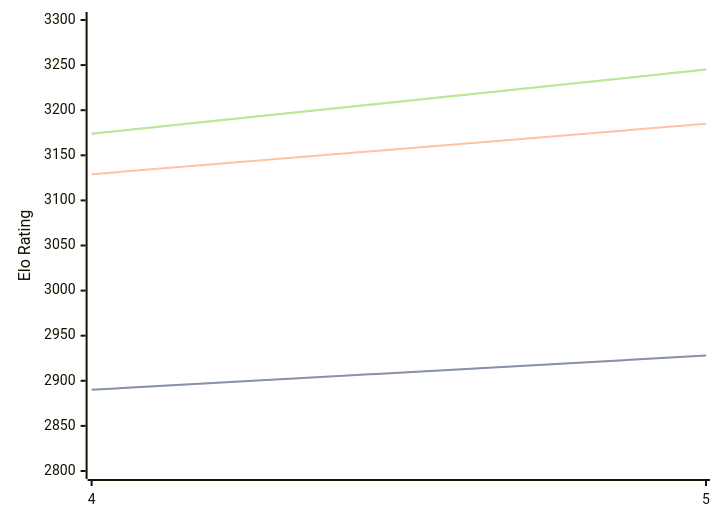
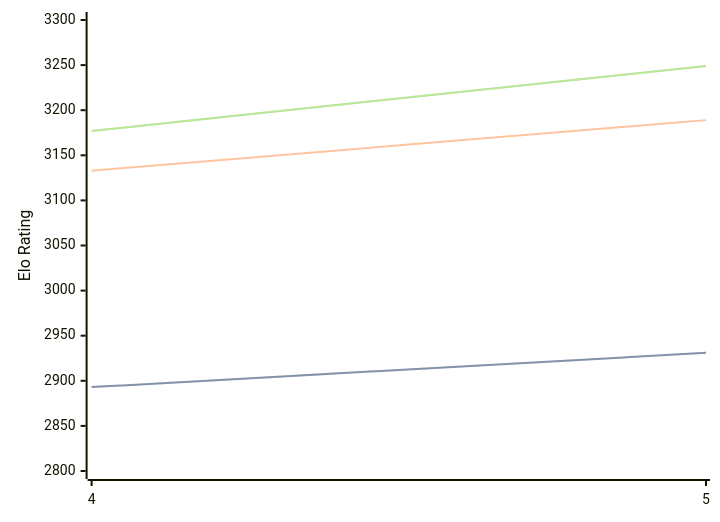
The diagram in engines/Cwtch.md (computer-chess-index/cci), drawn with Mermaid before and after one commit. The commit also changed other lines of this file, not shown here.

Commit message:
Update CCI Ratings (ELO VLTC) - 2026-05-02

````diff
--- a/engines/Cwtch.md
+++ b/engines/Cwtch.md
@@ -34,11 +34,11 @@
 ```mermaid
 %%{init: {"theme":"base","themeVariables":{"seriesColors:['#a3a3a3','#222221','#faa371']}}}%%
 xychart-beta
   x-axis ["4", "5"]
   y-axis "Elo Rating" 2800 --> 3300
-  line "STC (8.0+0.08s)" [2890, 2928]
-  line "STC (8.0+0.08s)" [2890, 2928]
-  line "LTC (60.0+0.60s)" [3129, 3185]
-  line "VLTC (2m24s+1.12s)" [3174, 3245]
-  line "VLTC (2m24s+1.12s)" [3174, 3245]
+  line "STC (8.0+0.08s)" [2893, 2931]
+  line "STC (8.0+0.08s)" [2893, 2931]
+  line "LTC (60.0+0.60s)" [3133, 3189]
+  line "VLTC (2m24s+1.12s)" [3177, 3249]
+  line "VLTC (2m24s+1.12s)" [3177, 3249]
 ```
````
